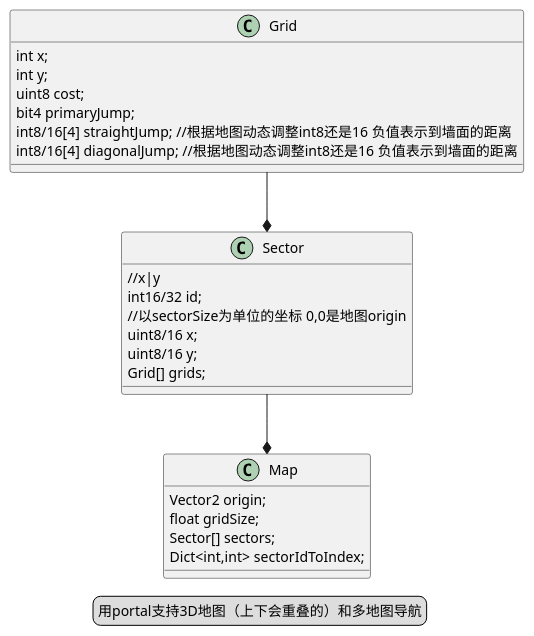
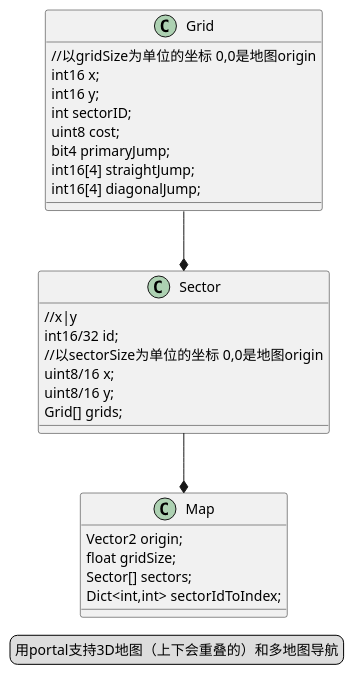
One commit to viGer-CN/Tile-Based-Search changed the diagram in Assets/UML/JPS+/Classes.puml. Above: the diagram before and after it, drawn with PlantUML. The commit also changed 4 other files, not shown here.

```diff
--- a/Assets/UML/JPS+/Classes.puml
+++ b/Assets/UML/JPS+/Classes.puml
@@ -1,33 +1,35 @@
 @startuml
 'https://plantuml.com/class-diagram
 
 class Grid{
-    int x;
-    int y;
+    //以gridSize为单位的坐标 0,0是地图origin
+    int16 x;
+    int16 y;
+    int sectorID;
     uint8 cost;
     bit4 primaryJump;
-    int8/16[4] straightJump; //根据地图动态调整int8还是16 负值表示到墙面的距离
-    int8/16[4] diagonalJump; //根据地图动态调整int8还是16 负值表示到墙面的距离
+    int16[4] straightJump; 
+    int16[4] diagonalJump;
 }
 Grid --*Sector
 
 class Sector{
     //x|y
     int16/32 id; 
     //以sectorSize为单位的坐标 0,0是地图origin
     uint8/16 x; 
     uint8/16 y;
     Grid[] grids;
 }
 Sector --*Map
 
 class Map{
     Vector2 origin;
     float gridSize;
     Sector[] sectors;
     Dict<int,int> sectorIdToIndex;
 }
 
 legend 用portal支持3D地图（上下会重叠的）和多地图导航
 
 @enduml
```
